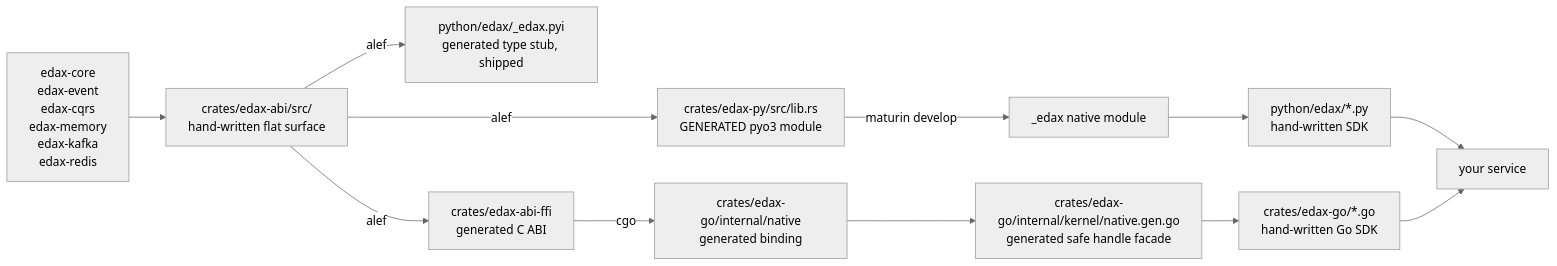
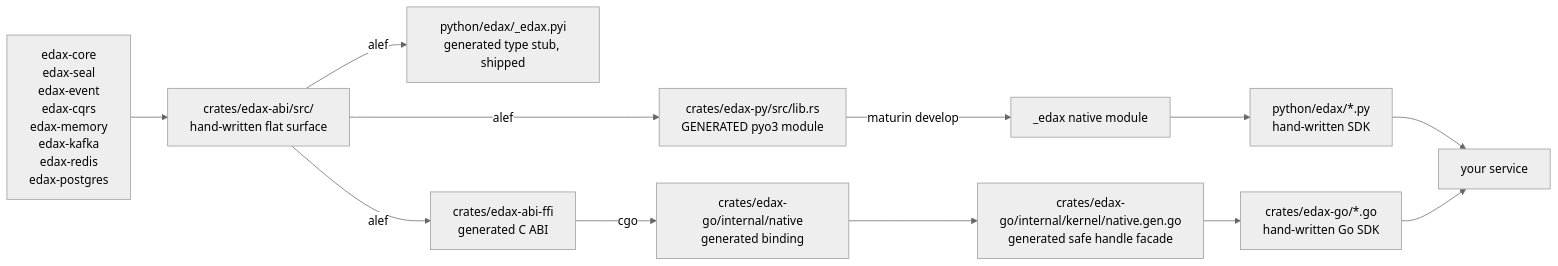
Before and after one commit to haskian/edax: the third of 4 diagrams in docs/architecture.md, drawn with Mermaid (neutral theme). The commit also changed other lines of this file and 24 other files, not shown here.

````diff
--- a/docs/architecture.md
+++ b/docs/architecture.md
@@ -137,14 +155,14 @@
 ```mermaid
 flowchart LR
-    K["edax-core<br/>edax-event<br/>edax-cqrs<br/>edax-memory<br/>edax-kafka<br/>edax-redis"] --> ABI["crates/edax-abi/src/<br/>hand-written flat surface"]
+    K["edax-core<br/>edax-seal<br/>edax-event<br/>edax-cqrs<br/>edax-memory<br/>edax-kafka<br/>edax-redis<br/>edax-postgres"] --> ABI["crates/edax-abi/src/<br/>hand-written flat surface"]
     ABI -->|"alef"| GEN["crates/edax-py/src/lib.rs<br/>GENERATED pyo3 module"]
     ABI -->|"alef"| STUB["python/edax/_edax.pyi<br/>generated type stub, shipped"]
     GEN -->|"maturin develop"| SO["_edax native module"]
     SO --> PKG["python/edax/*.py<br/>hand-written SDK"]
     PKG --> APP["your service"]
     ABI -->|"alef"| FFI["crates/edax-abi-ffi<br/>generated C ABI"]
     FFI -->|"cgo"| GO["crates/edax-go/internal/native<br/>generated binding"]
     GO --> FACADE["crates/edax-go/internal/kernel/native.gen.go<br/>generated safe handle facade"]
     FACADE --> SDKGO["crates/edax-go/*.go<br/>hand-written Go SDK"]
     SDKGO --> APP
 ```
````
